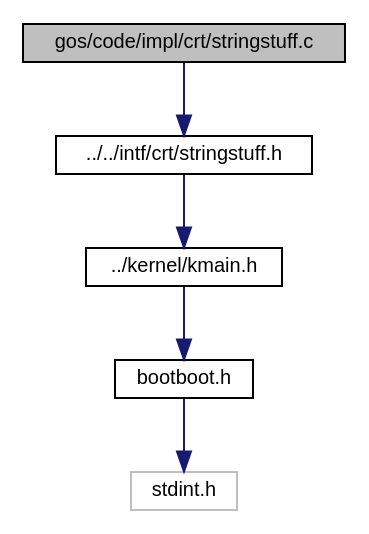
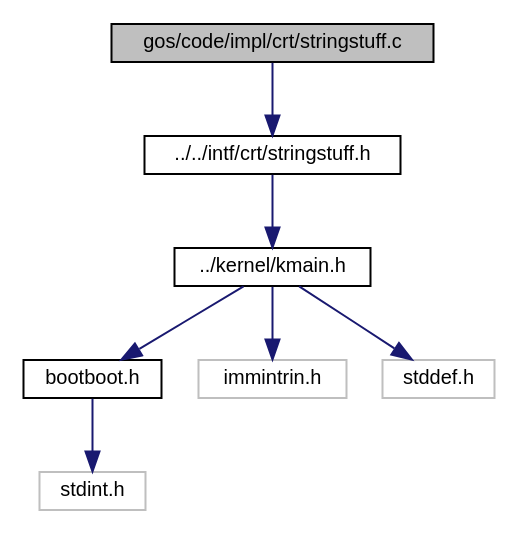
One commit to jrbuchanan02/garbage-os changed the diagram in docs/stringstuff_8c__incl.dot. Above: the diagram before and after it, drawn with Graphviz. The commit also changed 15 other files, not shown here.

```diff
--- a/docs/stringstuff_8c__incl.dot
+++ b/docs/stringstuff_8c__incl.dot
@@ -1,16 +1,20 @@
 digraph "gos/code/impl/crt/stringstuff.c"
 {
  // INTERACTIVE_SVG=YES
  // LATEX_PDF_SIZE
   edge [fontname="Helvetica",fontsize="10",labelfontname="Helvetica",labelfontsize="10"];
   node [fontname="Helvetica",fontsize="10",shape=record];
   Node1 [label="gos/code/impl/crt/stringstuff.c",height=0.2,width=0.4,color="black", fillcolor="grey75", style="filled", fontcolor="black",tooltip="Implementation of all things string!"];
   Node1 -> Node2 [color="midnightblue",fontsize="10",style="solid",fontname="Helvetica"];
   Node2 [label="../../intf/crt/stringstuff.h",height=0.2,width=0.4,color="black", fillcolor="white", style="filled",URL="$stringstuff_8h.html",tooltip="Everything to do with strings."];
   Node2 -> Node3 [color="midnightblue",fontsize="10",style="solid",fontname="Helvetica"];
   Node3 [label="../kernel/kmain.h",height=0.2,width=0.4,color="black", fillcolor="white", style="filled",URL="$kmain_8h.html",tooltip="File for what we include in the kmain.c file."];
   Node3 -> Node4 [color="midnightblue",fontsize="10",style="solid",fontname="Helvetica"];
   Node4 [label="bootboot.h",height=0.2,width=0.4,color="black", fillcolor="white", style="filled",URL="$bootboot_8h_source.html",tooltip=" "];
   Node4 -> Node5 [color="midnightblue",fontsize="10",style="solid",fontname="Helvetica"];
   Node5 [label="stdint.h",height=0.2,width=0.4,color="grey75", fillcolor="white", style="filled",tooltip=" "];
+  Node3 -> Node6 [color="midnightblue",fontsize="10",style="solid",fontname="Helvetica"];
+  Node6 [label="immintrin.h",height=0.2,width=0.4,color="grey75", fillcolor="white", style="filled",tooltip=" "];
+  Node3 -> Node7 [color="midnightblue",fontsize="10",style="solid",fontname="Helvetica"];
+  Node7 [label="stddef.h",height=0.2,width=0.4,color="grey75", fillcolor="white", style="filled",tooltip=" "];
 }
```
